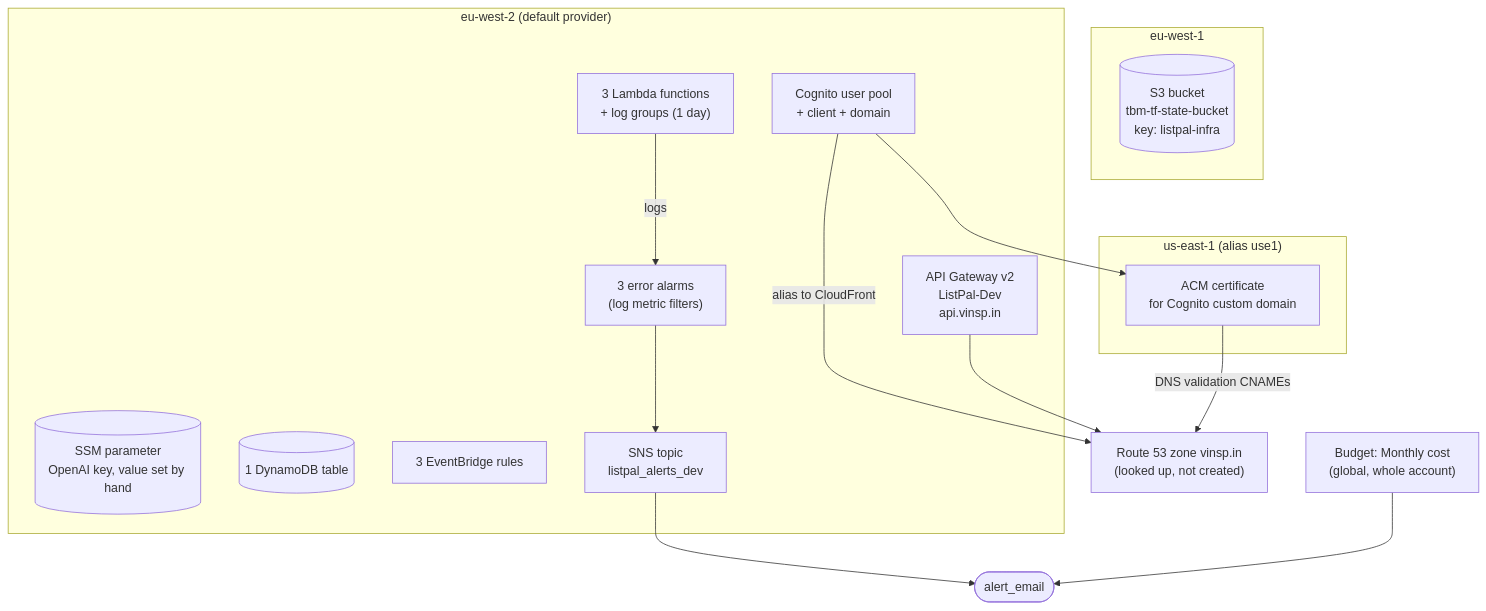
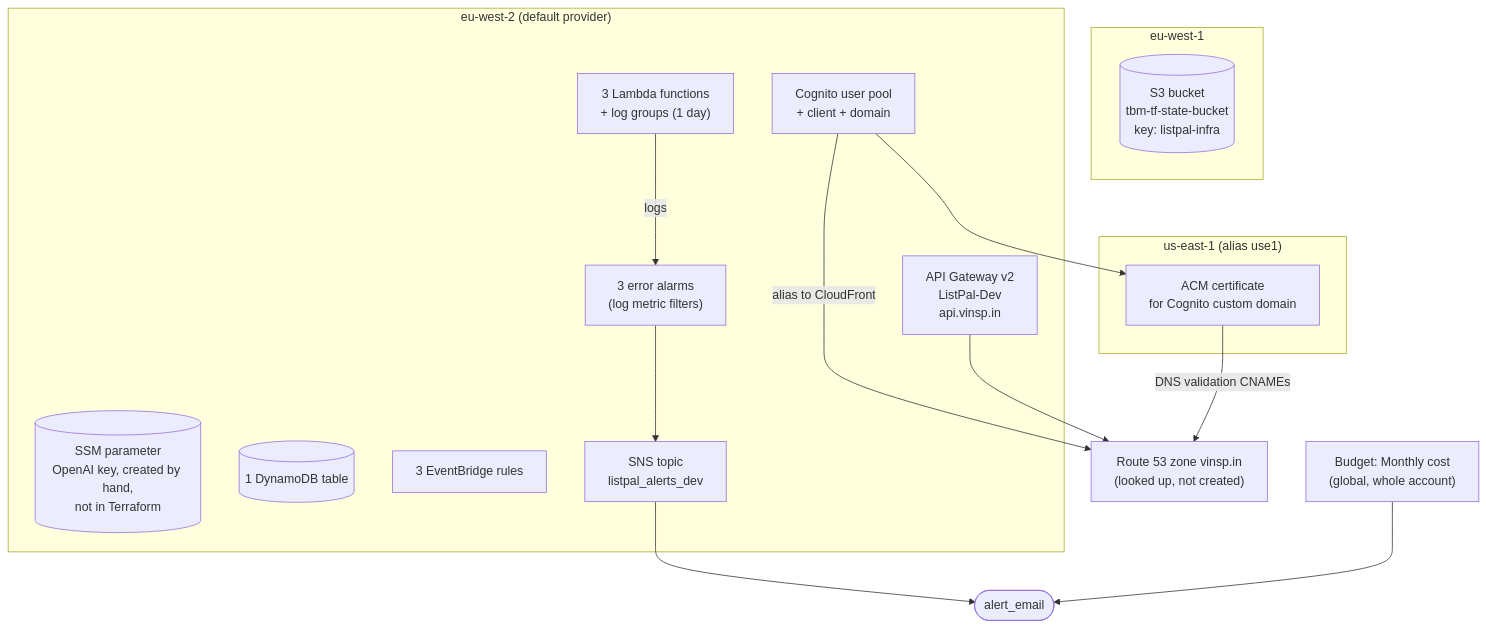
Before and after one commit to TomBenjaminMorris/listpal-backend: the ninth of 12 diagrams in ARCHITECTURE.md, drawn with Mermaid. The commit also changed other lines of this file and 1 other file, not shown here.

First line of the commit message:
Take the OpenAI key parameter out of Terraform

````diff
--- a/ARCHITECTURE.md
+++ b/ARCHITECTURE.md
@@ -480,34 +480,34 @@
 ```mermaid
 flowchart TB
     subgraph euw1["eu-west-1"]
         STATE[("S3 bucket<br/>tbm-tf-state-bucket<br/>key: listpal-infra")]
     end
 
     subgraph euw2["eu-west-2 (default provider)"]
         APIGW["API Gateway v2<br/>ListPal-Dev<br/>api.vinsp.in"]
         L["3 Lambda functions<br/>+ log groups (1 day)"]
-        SSMP[("SSM parameter<br/>OpenAI key, value set by hand")]
+        SSMP[("SSM parameter<br/>OpenAI key, created by hand,<br/>not in Terraform")]
         DDB[("1 DynamoDB table")]
         COG["Cognito user pool<br/>+ client + domain"]
         EVB["3 EventBridge rules"]
         ALARM["3 error alarms<br/>(log metric filters)"]
         SNS["SNS topic<br/>listpal_alerts_dev"]
     end
 
     subgraph use1["us-east-1 (alias use1)"]
         ACM["ACM certificate<br/>for Cognito custom domain"]
     end
 
     R53["Route 53 zone vinsp.in<br/>(looked up, not created)"]
     BUD["Budget: Monthly cost<br/>(global, whole account)"]
     EMAIL(["alert_email"])
 
     L -->|"logs"| ALARM
     ALARM --> SNS
     SNS --> EMAIL
     BUD --> EMAIL
     COG --> ACM
     COG -->|"alias to CloudFront"| R53
     APIGW --> R53
     ACM -->|"DNS validation CNAMEs"| R53
 ```
````
